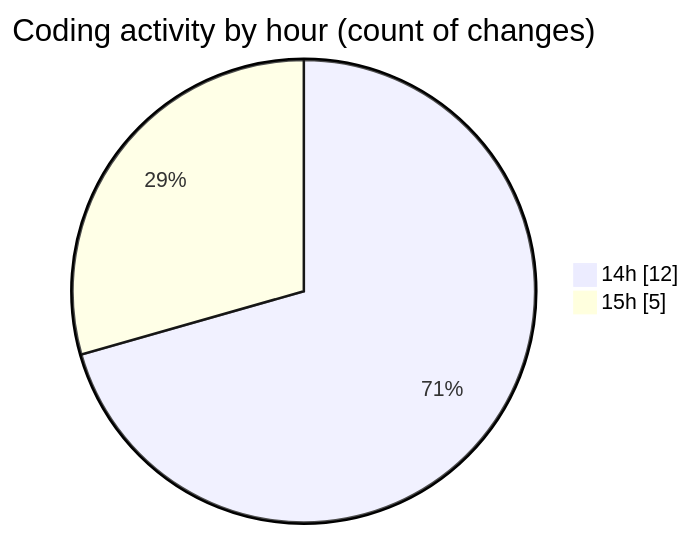
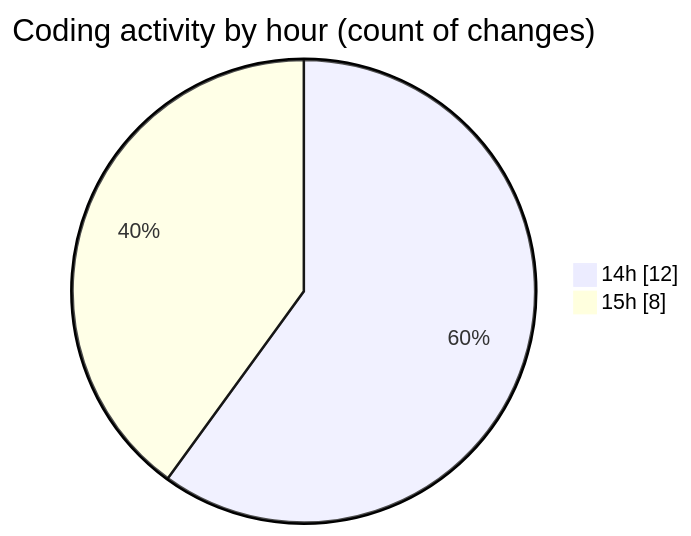
Before and after one commit to ricardozamudiocil/code-tracking: the second of 2 diagrams in 2026-04-10/cilapp/README.md, drawn with Mermaid. The commit also changed other lines of this file and 1 other file, not shown here.

````diff
--- a/2026-04-10/cilapp/README.md
+++ b/2026-04-10/cilapp/README.md
@@ -37,6 +37,6 @@
 ```mermaid
 pie showData
 title Coding activity by hour (count of changes)
 "14h" : 12
-"15h" : 5
+"15h" : 8
 ```
````
